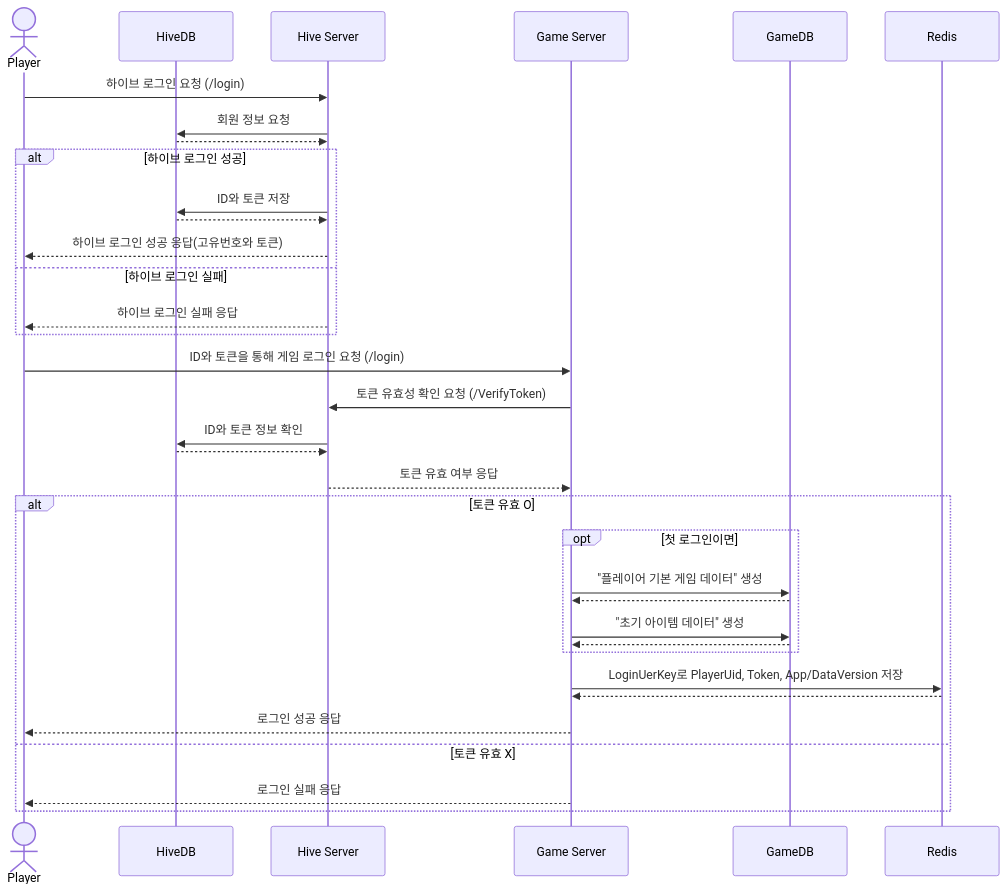
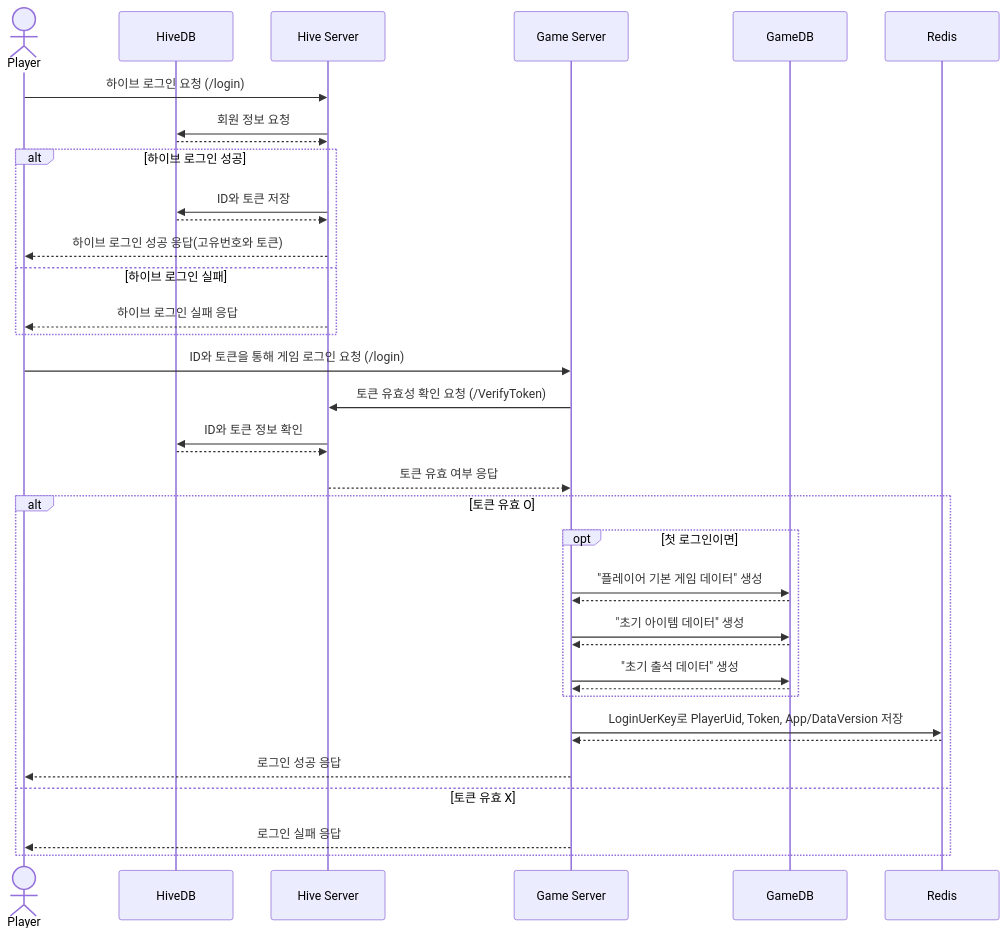
Before and after one commit to yujinS0/Omok-Game: the second of 2 diagrams in SequenceDiagram/Register-Login.md, drawn with Mermaid.

Commit message:
Update Register-Login.md : add attendance init

````diff
--- a/SequenceDiagram/Register-Login.md
+++ b/SequenceDiagram/Register-Login.md
@@ -23,50 +23,52 @@
 ```mermaid
 sequenceDiagram
 	actor P as Player
 	participant HD as HiveDB
 	participant H as Hive Server
 	participant G as Game Server
 	participant GD as GameDB
 	participant R as Redis
 	
 	P ->> H: 하이브 로그인 요청 (/login)
   	H ->> HD : 회원 정보 요청
   	HD -->> H : 
 
 	alt 하이브 로그인 성공
 		H ->> HD : ID와 토큰 저장
 		HD -->> H : 
 		H -->> P : 하이브 로그인 성공 응답(고유번호와 토큰) 
 	else 하이브 로그인 실패
 		H -->> P : 하이브 로그인 실패 응답
 	end
 
 	P ->> G : ID와 토큰을 통해 게임 로그인 요청 (/login)
 	G ->> H : 토큰 유효성 확인 요청 (/VerifyToken)
 	H ->> HD : ID와 토큰 정보 확인
 	HD -->> H :  
 	H -->> G : 토큰 유효 여부 응답
 
 	alt 토큰 유효 O
 		opt 첫 로그인이면
 			G ->> GD : "플레이어 기본 게임 데이터" 생성
 			GD -->> G : 
 			G ->> GD : "초기 아이템 데이터" 생성
+			GD -->> G : 
+			G ->> GD : "초기 출석 데이터" 생성
 			GD -->> G :  
 		end
 
 		G ->> R : LoginUerKey로 PlayerUid, Token, App/DataVersion 저장
 	  	R -->> G :  
 
 		G -->> P : 로그인 성공 응답
 	else 토큰 유효 X
 		G -->> P : 로그인 실패 응답
 	end
 
 
 
 
 
 
 
 ```
````
